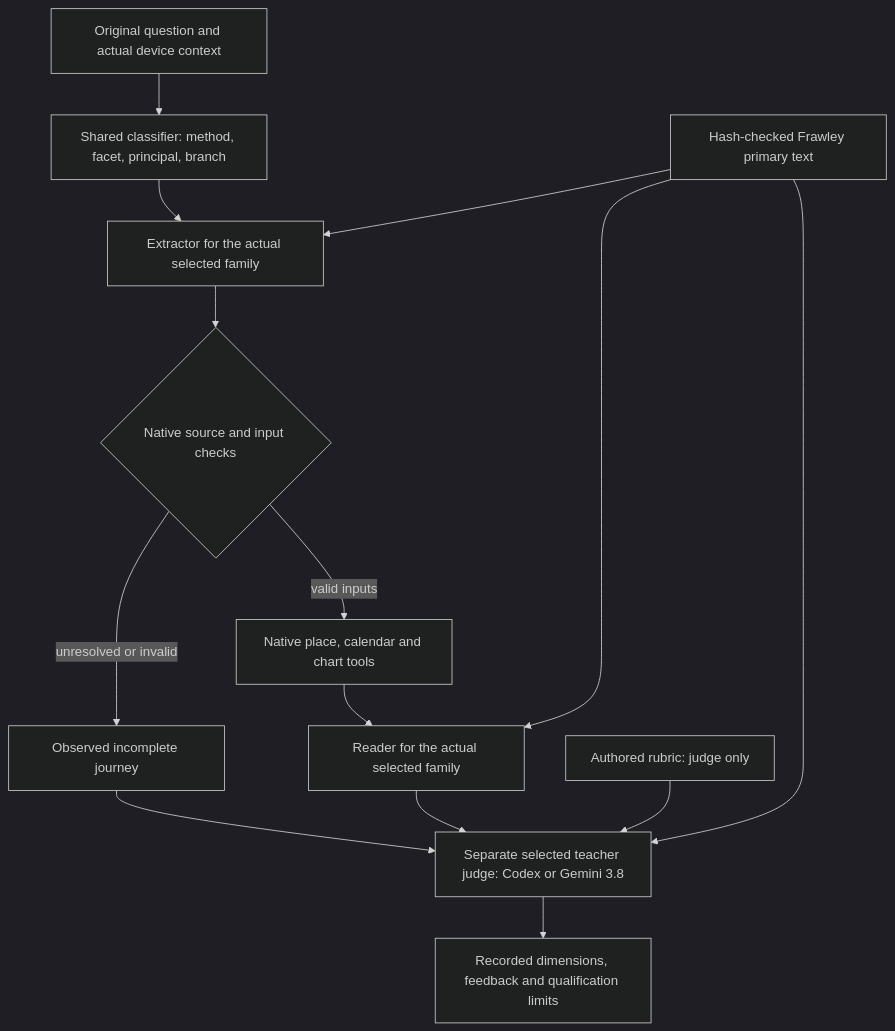
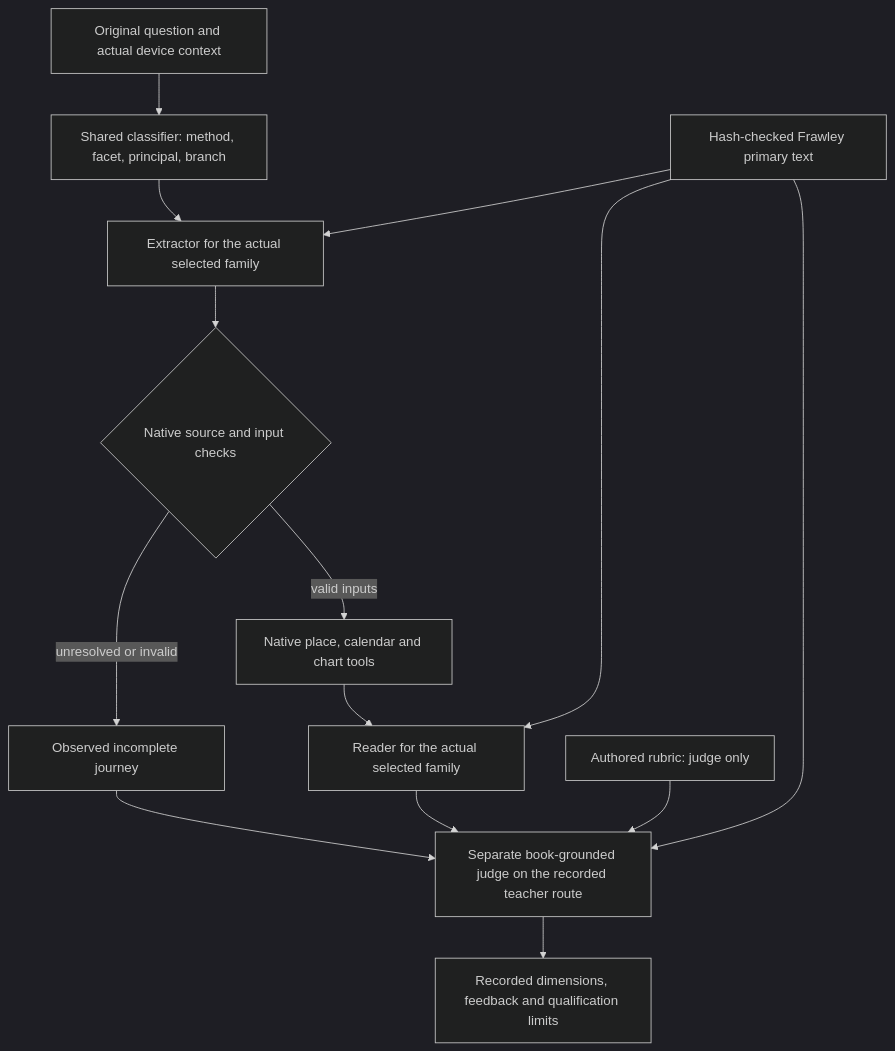
One commit to delysis/horary-web changed the second of 2 diagrams in tools/horary-dspy/README.md. Above: the diagram before and after it, drawn with Mermaid (dark theme). The commit also changed other lines of this file and 27 other files, not shown here.

````diff
--- a/tools/horary-dspy/README.md
+++ b/tools/horary-dspy/README.md
@@ -11,16 +51,16 @@
 ```mermaid
 flowchart TD
     Q[Original question and actual device context] --> C[Shared classifier: method, facet, principal, branch]
     C --> X[Extractor for the actual selected family]
     X --> V{Native source and input checks}
     V -->|unresolved or invalid| U[Observed incomplete journey]
     V -->|valid inputs| N[Native place, calendar and chart tools]
     N --> R[Reader for the actual selected family]
-    R --> J[Separate selected teacher judge: Codex or Gemini 3.8]
+    R --> J[Separate book-grounded judge on the recorded teacher route]
     U --> J
     B[Hash-checked Frawley primary text] --> X
     B --> R
     B --> J
     E[Authored rubric: judge only] --> J
     J --> T[Recorded dimensions, feedback and qualification limits]
 ```
````
